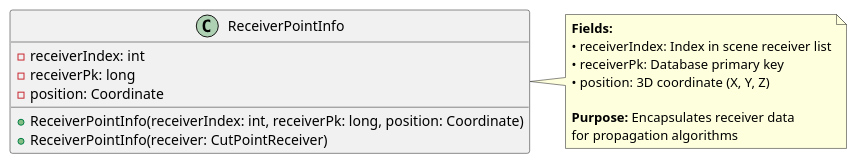
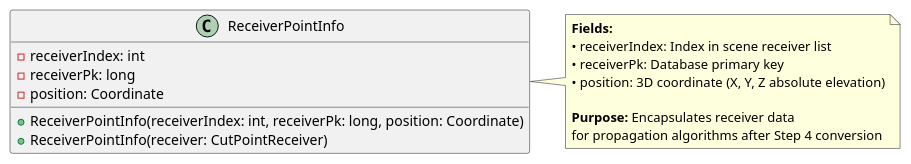
The second of 2 diagrams in Docs-dev/receiver_algorithms.md (jtagusari/NoiseModelling), drawn with PlantUML before and after one commit. The commit also changed other lines of this file and 75 other files, not shown here.

````diff
--- a/Docs-dev/receiver_algorithms.md
+++ b/Docs-dev/receiver_algorithms.md
@@ -182,22 +239,22 @@
 ```plantuml
 @startuml
 class ReceiverPointInfo {
     - receiverIndex: int
     - receiverPk: long
     - position: Coordinate
     
     + ReceiverPointInfo(receiverIndex: int, receiverPk: long, position: Coordinate)
     + ReceiverPointInfo(receiver: CutPointReceiver)
 }
 
 note right of ReceiverPointInfo
   **Fields:**
   • receiverIndex: Index in scene receiver list
   • receiverPk: Database primary key
-  • position: 3D coordinate (X, Y, Z)
+  • position: 3D coordinate (X, Y, Z absolute elevation)
   
   **Purpose:** Encapsulates receiver data
-  for propagation algorithms
+  for propagation algorithms after Step 4 conversion
 end note
 @enduml
 ```
````
